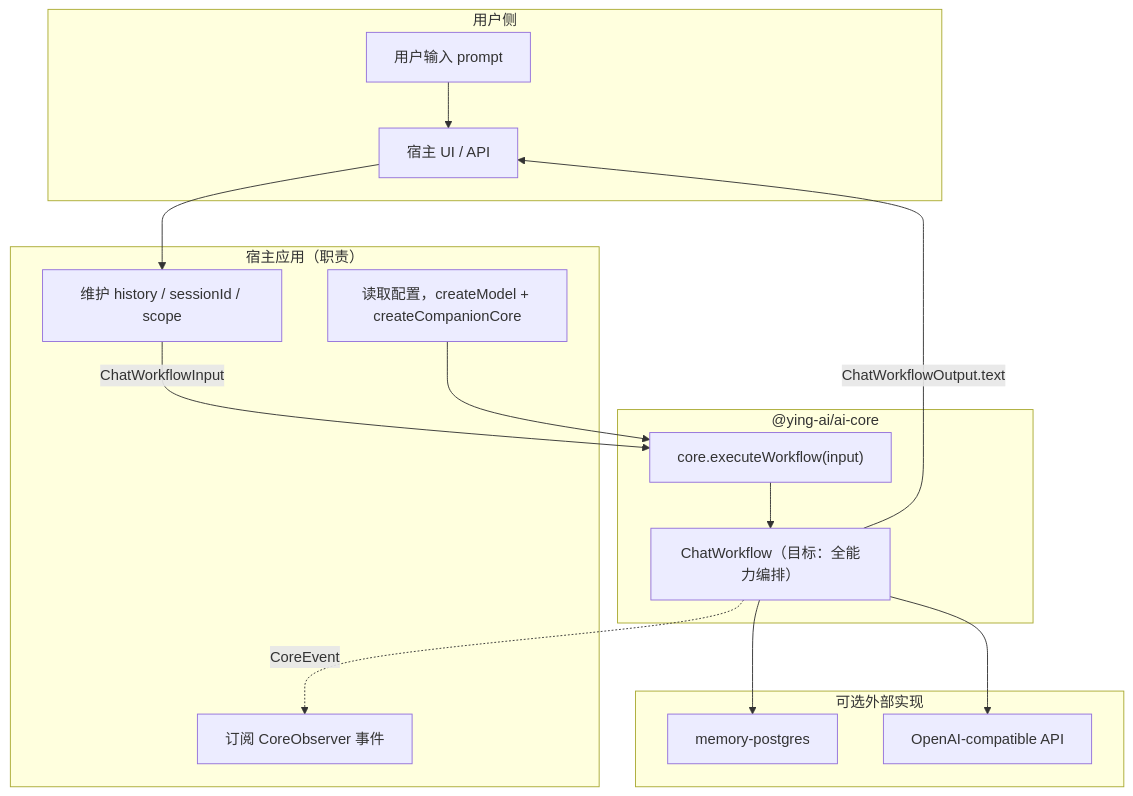
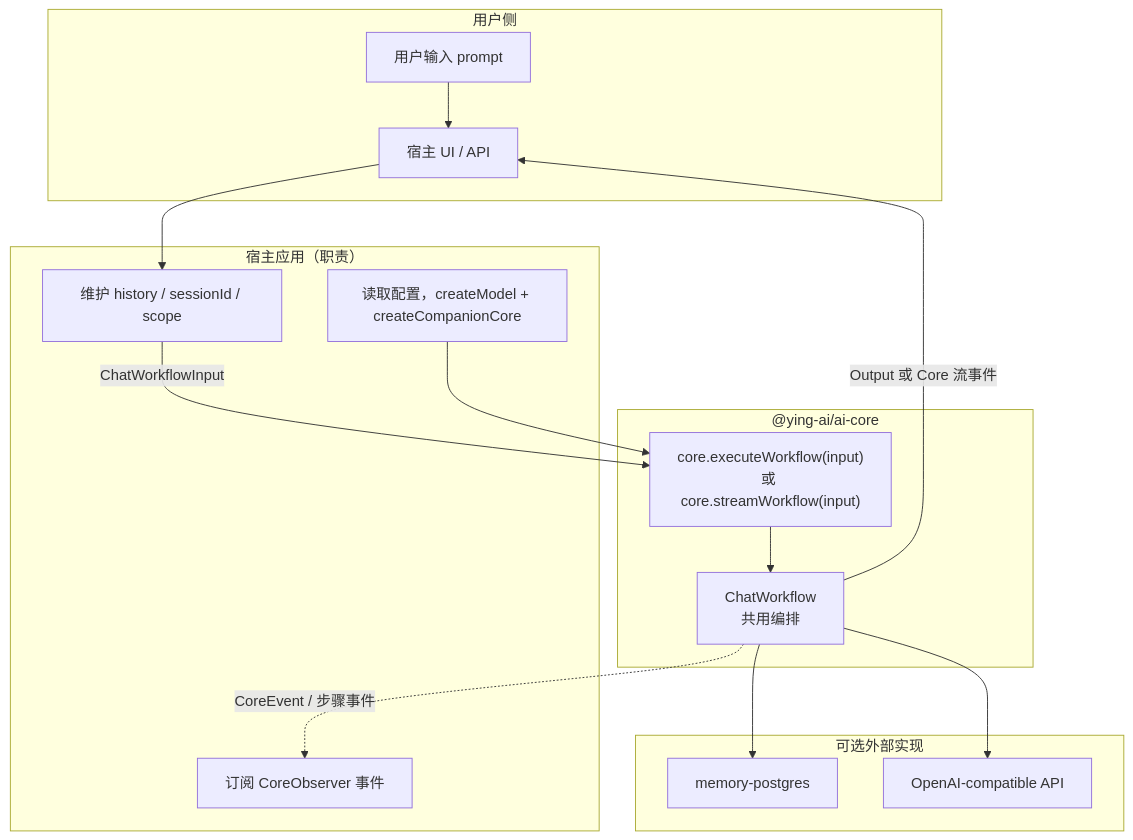
The first of 3 diagrams in packages/ai-core/README.zh-CN.md (KRISACHAN/ying-ai), drawn with Mermaid before and after one commit. The commit also changed other lines of this file and 36 other files, not shown here.

````diff
--- a/packages/ai-core/README.zh-CN.md
+++ b/packages/ai-core/README.zh-CN.md
@@ -122,32 +122,32 @@
 ```mermaid
 flowchart TB
   subgraph UserSide["用户侧"]
     U["用户输入 prompt"]
     UI["宿主 UI / API"]
   end
 
   subgraph Host["宿主应用（职责）"]
     HIST["维护 history / sessionId / scope"]
     ENV["读取配置，createModel + createCompanionCore"]
     OBS_SUB["订阅 CoreObserver 事件"]
   end
 
   subgraph Core["@ying-ai/ai-core"]
-    EXEC["core.executeWorkflow(input)"]
-    WF["ChatWorkflow（目标：全能力编排）"]
+    EXEC["core.executeWorkflow(input)\n或 core.streamWorkflow(input)"]
+    WF["ChatWorkflow\n共用编排"]
   end
 
   subgraph External["可选外部实现"]
     PG["memory-postgres"]
     LLM["OpenAI-compatible API"]
   end
 
   U --> UI --> HIST
   HIST -->|ChatWorkflowInput| EXEC
   ENV --> EXEC
   EXEC --> WF
   WF --> PG
   WF --> LLM
-  WF -->|ChatWorkflowOutput.text| UI
-  WF -.->|CoreEvent| OBS_SUB
+  WF -->|Output 或 Core 流事件| UI
+  WF -.->|CoreEvent / 步骤事件| OBS_SUB
 ```
````
